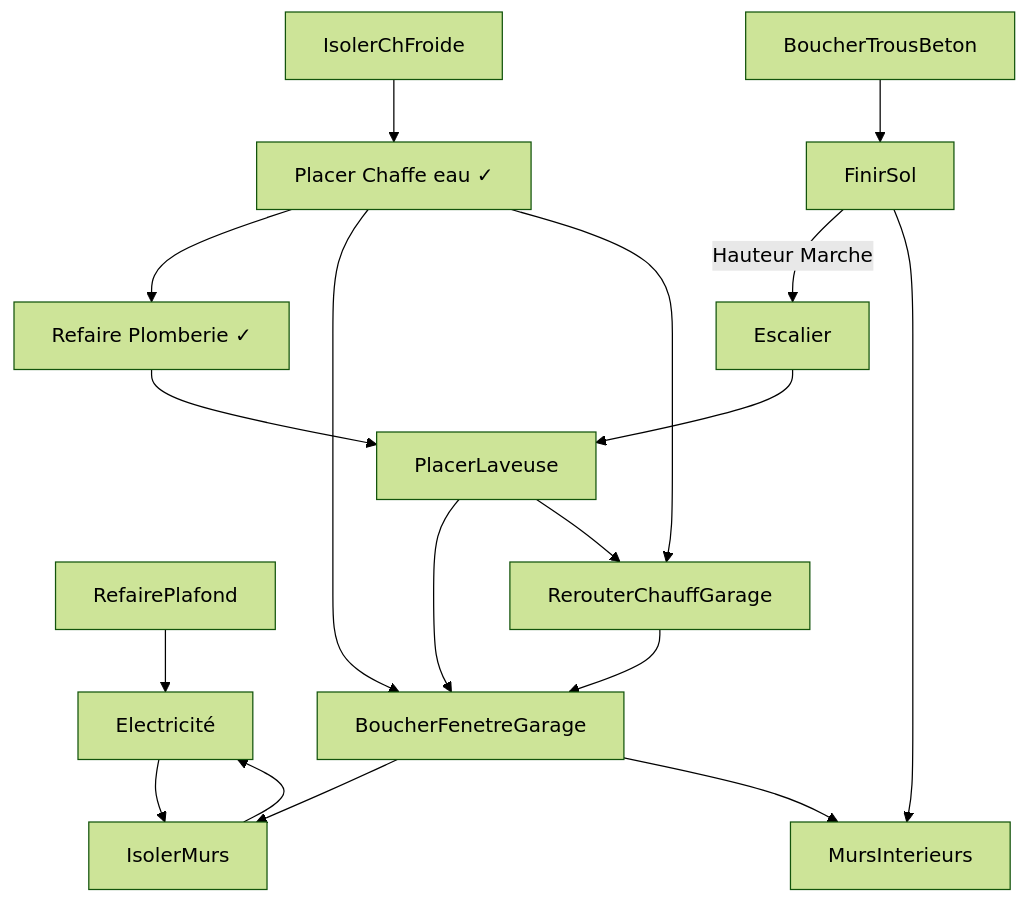
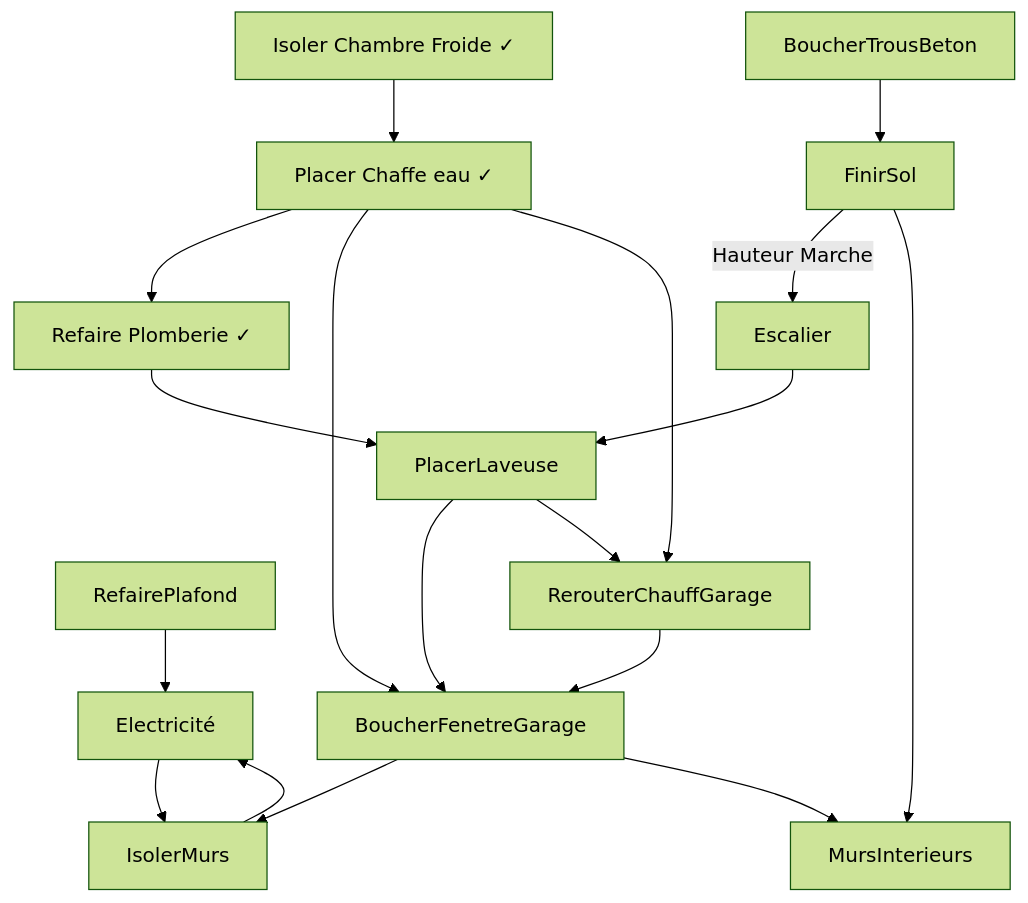
Before and after one commit to jorisdeguet/jorisdeguet.github.io: the diagram in travaux.md, drawn with Mermaid (forest theme).

````diff
--- a/travaux.md
+++ b/travaux.md
@@ -1,25 +1,25 @@
 ```mermaid
 graph TD
     RefairePlafond
     BoucherTrousBeton --> FinirSol
     FinirSol -- Hauteur Marche --> Escalier
     BoucherFenetreGarage --> IsolerMurs
-    IsolerChFroide --> PlacerChauffeEau
+    IsolerChFroide[Isoler Chambre Froide ✓] --> PlacerChauffeEau
     PlacerChauffeEau[Placer Chaffe eau ✓] --> RefairePlomberie
 
     FinirSol --> MursInterieurs
     BoucherFenetreGarage -->MursInterieurs
     PlacerChauffeEau --> BoucherFenetreGarage
     PlacerLaveuse --> BoucherFenetreGarage
     RefairePlomberie[Refaire Plomberie ✓] --> PlacerLaveuse
     RefairePlafond --> Electricité
     Electricité --> IsolerMurs
 IsolerMurs --> Electricité
     PlacerChauffeEau --> RerouterChauffGarage
     PlacerLaveuse --> RerouterChauffGarage
     Escalier --> PlacerLaveuse
     RerouterChauffGarage  --> BoucherFenetreGarage
     
 
 
 ```
````
